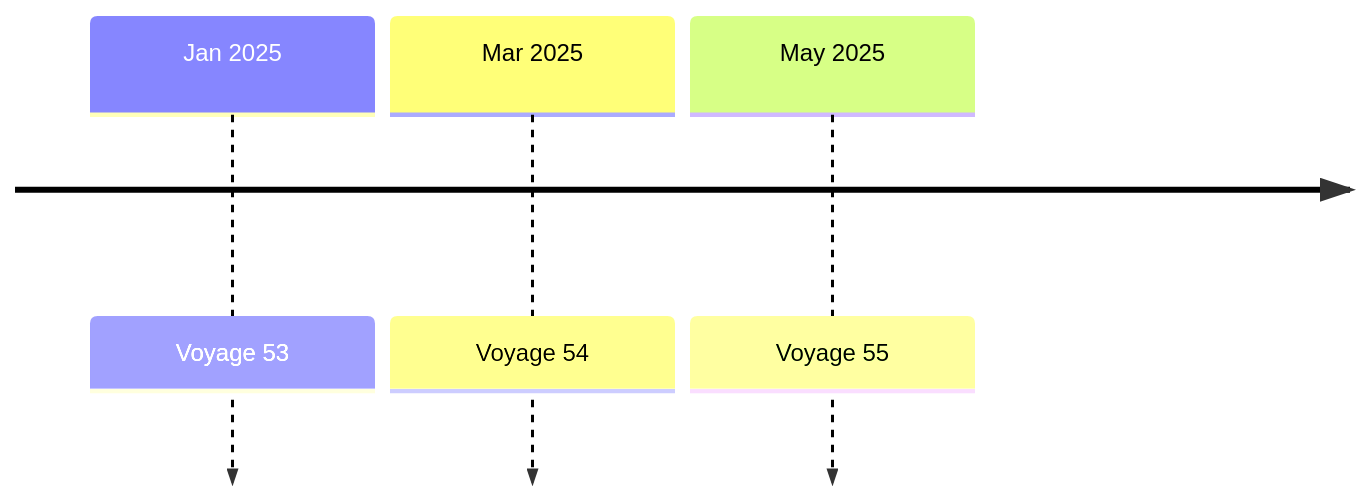
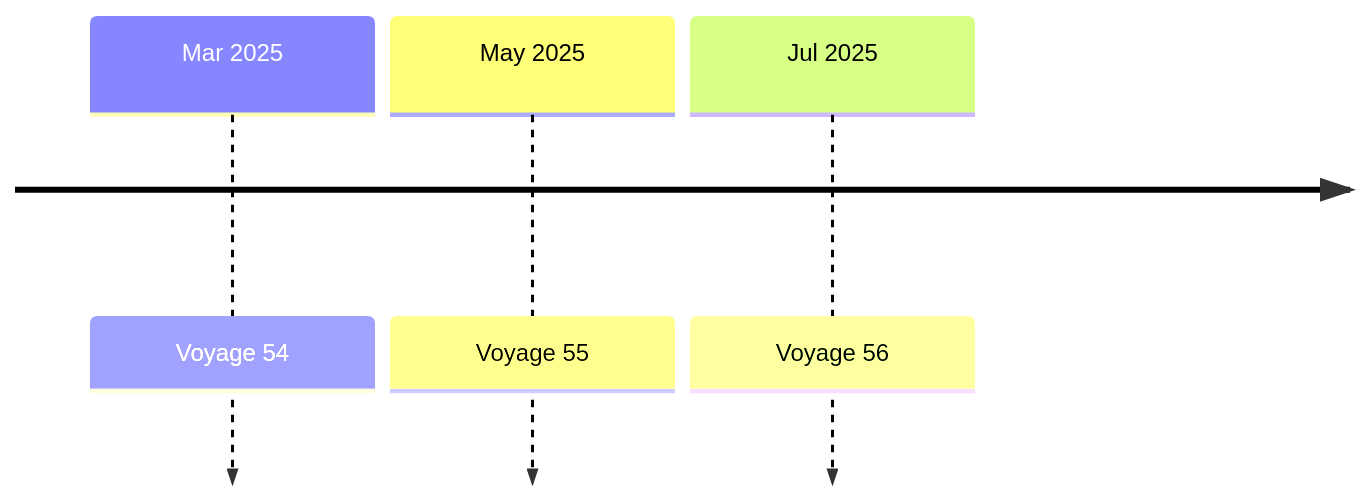
Before and after one commit to chingu-voyages/Handbook: the first of 2 diagrams in docs/guides/voyage/voyage.md, drawn with Mermaid. The commit also changed other lines of this file, not shown here.

Commit message:
Feature: Update Voyage Schedule

````diff
--- a/docs/guides/voyage/voyage.md
+++ b/docs/guides/voyage/voyage.md
@@ -28,6 +28,6 @@
 ```mermaid
   timeline
-    Jan 2025 : Voyage 53
     Mar 2025 : Voyage 54
     May 2025 : Voyage 55
+    Jul 2025 : Voyage 56
 ```
````
